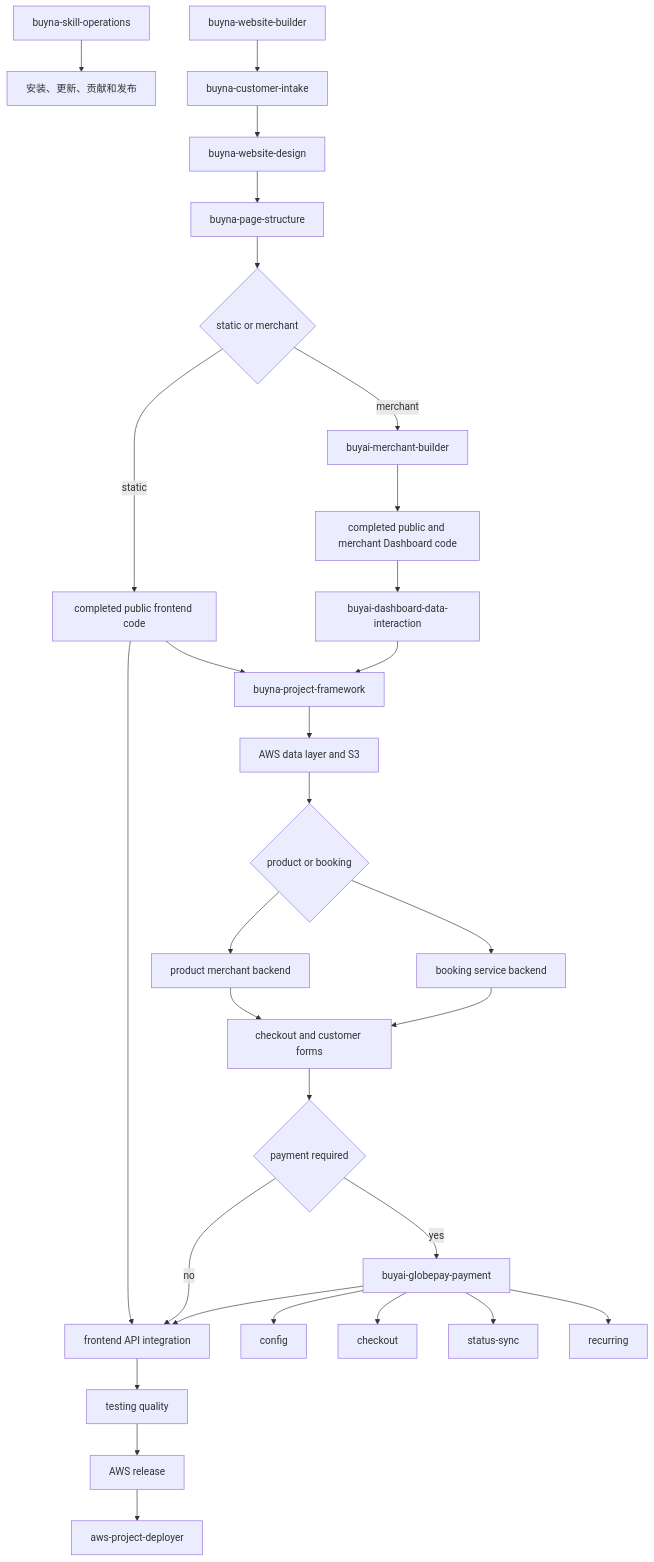
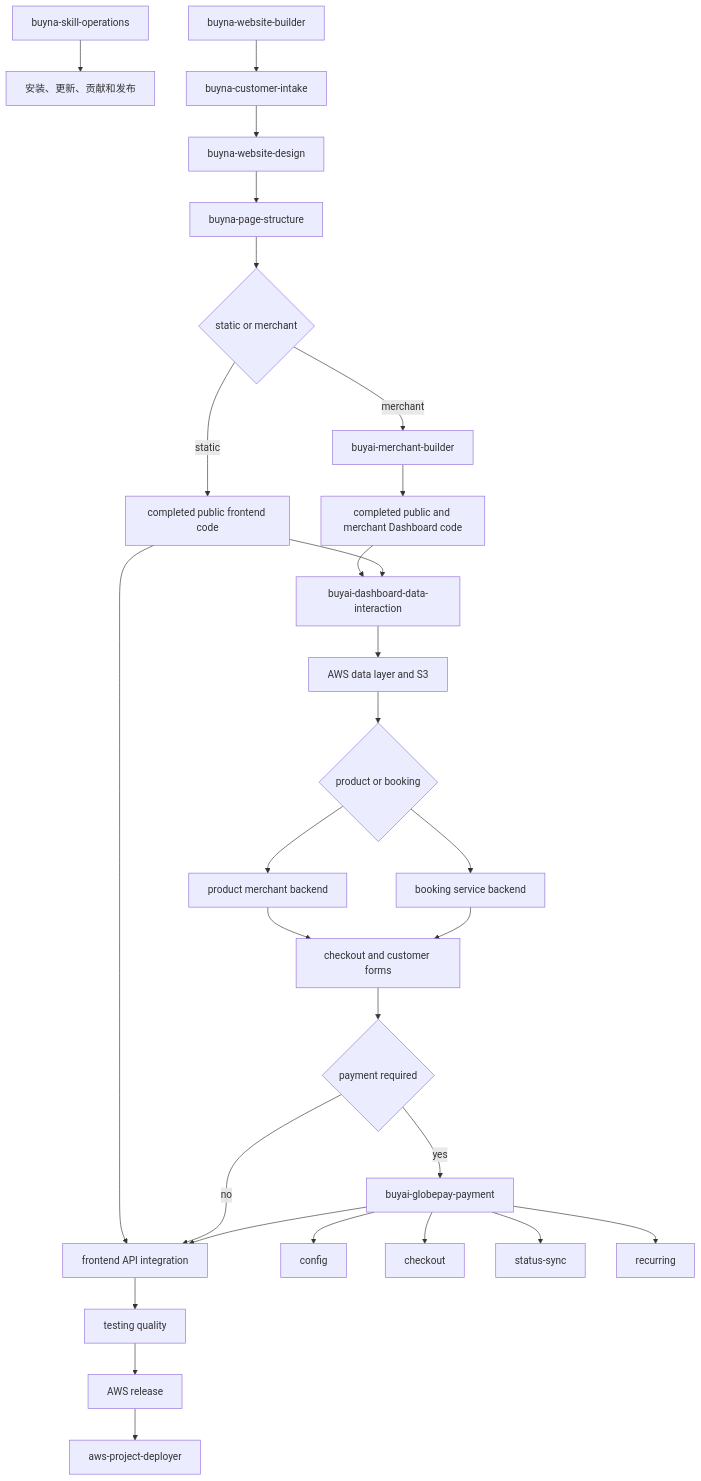
Before and after one commit to Kaku-shiko/buyna-agent-skills: the diagram in docs/OPERATIONS_MANUAL.md, drawn with Mermaid. The commit also changed 31 other files, not shown here.

````diff
--- a/docs/OPERATIONS_MANUAL.md
+++ b/docs/OPERATIONS_MANUAL.md
@@ -50,32 +50,31 @@
 ```mermaid
 flowchart TD
     O[buyna-skill-operations] --> I[安装、更新、贡献和发布]
     B[buyna-website-builder] --> C[buyna-customer-intake]
     C --> D[buyna-website-design]
     D --> P[buyna-page-structure]
     P --> X{static or merchant}
     X -->|static| FPS[completed public frontend code]
     X -->|merchant| M[buyai-merchant-builder]
     M --> FPM[completed public and merchant Dashboard code]
-    FPS --> K[buyna-project-framework]
     FPM --> DI[buyai-dashboard-data-interaction]
-    DI --> K
-    K --> DB[AWS data layer and S3]
+    FPS --> DI
+    DI --> DB[AWS data layer and S3]
     DB --> Q{product or booking}
     Q --> MP[product merchant backend]
     Q --> MB[booking service backend]
     MP --> UX[checkout and customer forms]
     MB --> UX
     UX --> Y{payment required}
     Y -->|yes| G[buyai-globepay-payment]
     FPS --> F[frontend API integration]
     Y -->|no| F
     G --> F
     F --> T[testing quality]
     T --> R[AWS release]
     R --> A[aws-project-deployer]
     G --> GC[config]
     G --> GO[checkout]
     G --> GS[status-sync]
     G --> GR[recurring]
 ```
````
